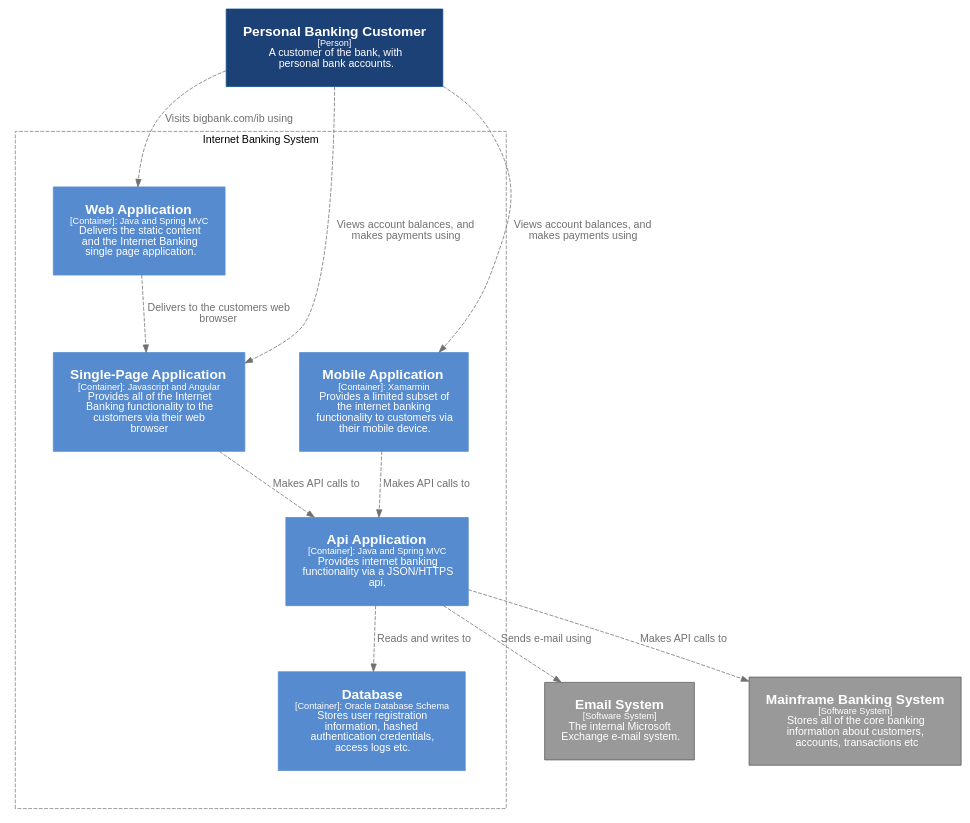
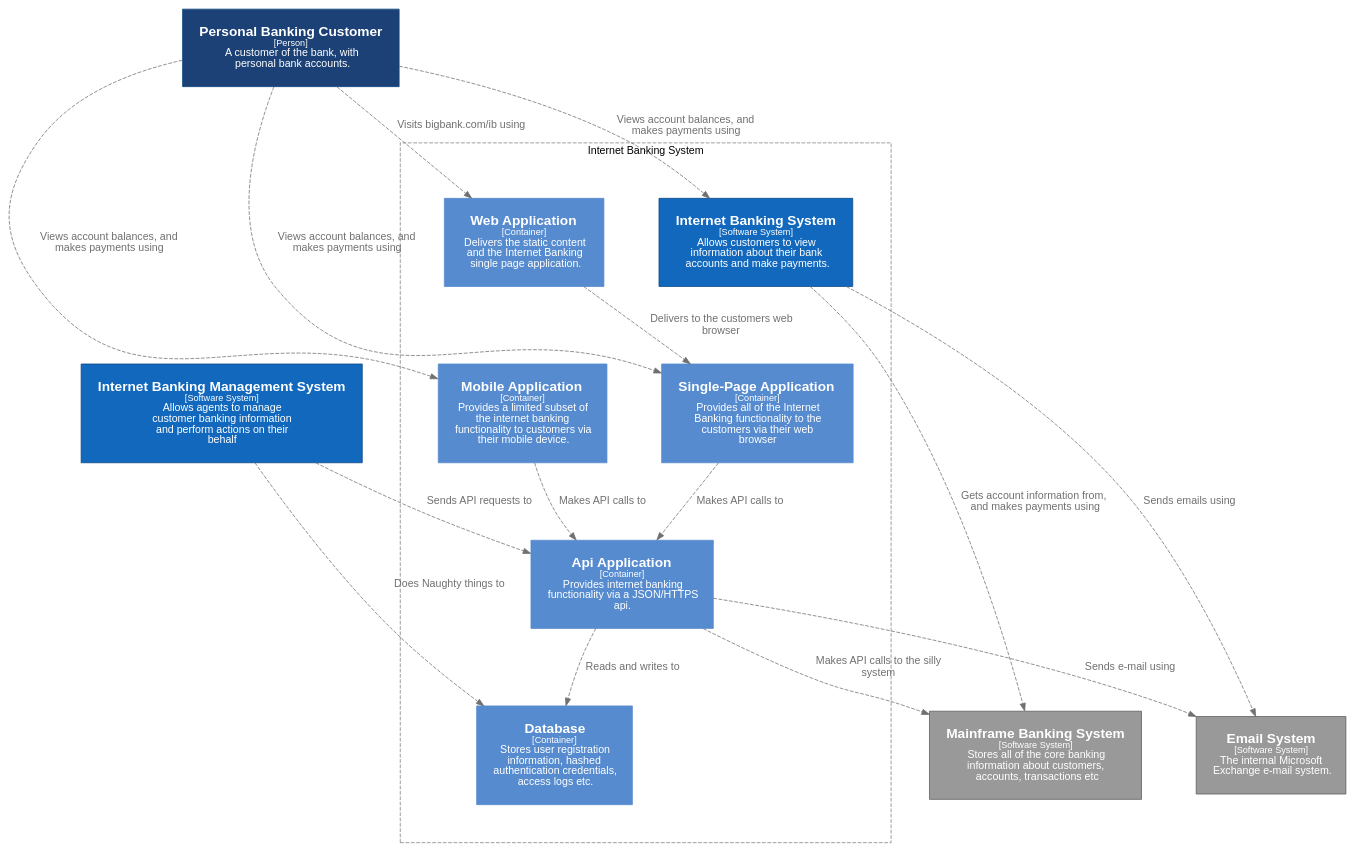
One commit to c4mjs/c4mjs changed the diagram in packages/graphviz/src/__stubs__/internetBankingSystem.c2.dot. Above: the diagram before and after it, drawn with Graphviz. The commit also changed 45 other files, not shown here.

Commit message:
feat(graphviz): simplify workspace

```diff
--- a/packages/graphviz/src/__stubs__/internetBankingSystem.c2.dot
+++ b/packages/graphviz/src/__stubs__/internetBankingSystem.c2.dot
@@ -1,98 +1,121 @@
 digraph {
     compound=true
     graph [fontname="Arial", rankdir=TB, ranksep=1.0, nodesep=1.0]
     node [fontname="Arial", shape=box, margin="0.3,0.3"]
     edge [fontname="Arial"]
 
     subgraph cluster_internetBankingSystem {
         label = "Internet Banking System"
         style = "dashed"
         color = "grey"
         margin="50,50"
         
-        webApp [
+        internetBankingSystem [
+        id="internetBankingSystem",
+        shape="rect",
+        label=<<font point-size="18"><b>Internet Banking System</b></font><br /><font point-size="12">[Software System]</font><br /><font point-size="14">  Allows customers to view <br />information about their bank <br />accounts and make payments.</font>>,
+        style="filled",
+        color="#0b4884",
+        fillcolor="#1168bd",
+        fontcolor="#ffffff"
+    ]
+apiApp [
+        id="apiApp",
+        shape="rect",
+        label=<<font point-size="18"><b>Api Application</b></font><br /><font point-size="12">[Container]</font><br /><font point-size="14">  Provides internet banking <br />functionality via a JSON/HTTPS <br />api.</font>>,
+        style="filled",
+        color="#568BCF",
+        fillcolor="#568BCF",
+        fontcolor="#ffffff"
+    ]
+database [
+        id="database",
+        shape="rect",
+        label=<<font point-size="18"><b>Database</b></font><br /><font point-size="12">[Container]</font><br /><font point-size="14">  Stores user registration <br />information, hashed <br />authentication credentials, <br />access logs etc.</font>>,
+        style="filled",
+        color="#568BCF",
+        fillcolor="#568BCF",
+        fontcolor="#ffffff"
+    ]
+webApp [
         id="webApp",
         shape="rect",
-        label=<<font point-size="18"><b>Web Application</b></font><br /><font point-size="12">[Container]: Java and Spring MVC</font><br /><font point-size="14">  Delivers the static content <br />and the Internet Banking <br />single page application.</font>>,
+        label=<<font point-size="18"><b>Web Application</b></font><br /><font point-size="12">[Container]</font><br /><font point-size="14">  Delivers the static content <br />and the Internet Banking <br />single page application.</font>>,
         style="filled",
         color="#568BCF",
         fillcolor="#568BCF",
         fontcolor="#ffffff"
     ]
 singlePageApp [
         id="singlePageApp",
         shape="rect",
-        label=<<font point-size="18"><b>Single-Page Application</b></font><br /><font point-size="12">[Container]: Javascript and Angular</font><br /><font point-size="14">  Provides all of the Internet <br />Banking functionality to the <br />customers via their web <br />browser</font>>,
-        style="filled",
-        color="#568BCF",
-        fillcolor="#568BCF",
-        fontcolor="#ffffff"
-    ]
-apiApp [
-        id="apiApp",
-        shape="rect",
-        label=<<font point-size="18"><b>Api Application</b></font><br /><font point-size="12">[Container]: Java and Spring MVC</font><br /><font point-size="14">  Provides internet banking <br />functionality via a JSON/HTTPS <br />api.</font>>,
+        label=<<font point-size="18"><b>Single-Page Application</b></font><br /><font point-size="12">[Container]</font><br /><font point-size="14">  Provides all of the Internet <br />Banking functionality to the <br />customers via their web <br />browser</font>>,
         style="filled",
         color="#568BCF",
         fillcolor="#568BCF",
         fontcolor="#ffffff"
     ]
 mobileApp [
         id="mobileApp",
         shape="rect",
-        label=<<font point-size="18"><b>Mobile Application</b></font><br /><font point-size="12">[Container]: Xamarmin</font><br /><font point-size="14">  Provides a limited subset of <br />the internet banking <br />functionality to customers via <br />their mobile device.</font>>,
-        style="filled",
-        color="#568BCF",
-        fillcolor="#568BCF",
-        fontcolor="#ffffff"
-    ]
-database [
-        id="database",
-        shape="rect",
-        label=<<font point-size="18"><b>Database</b></font><br /><font point-size="12">[Container]: Oracle Database Schema</font><br /><font point-size="14">  Stores user registration <br />information, hashed <br />authentication credentials, <br />access logs etc.</font>>,
+        label=<<font point-size="18"><b>Mobile Application</b></font><br /><font point-size="12">[Container]</font><br /><font point-size="14">  Provides a limited subset of <br />the internet banking <br />functionality to customers via <br />their mobile device.</font>>,
         style="filled",
         color="#568BCF",
         fillcolor="#568BCF",
         fontcolor="#ffffff"
     ]
         
     }
 
 customer [
         id="customer",
         shape="rect",
         label=<<font point-size="18"><b>Personal Banking Customer</b></font><br /><font point-size="12">[Person]</font><br /><font point-size="14">  A customer of the bank, with <br />personal bank accounts.</font>>,
         style="filled",
         color="#0b4884",
         fillcolor="#1C4177",
         fontcolor="#ffffff"
     ]
 emailSystem [
         id="emailSystem",
         shape="rect",
         label=<<font point-size="18"><b>Email System</b></font><br /><font point-size="12">[Software System]</font><br /><font point-size="14">  The internal Microsoft <br />Exchange e-mail system.</font>>,
         style="filled",
         color="#5a5a5a",
         fillcolor="#999999",
         fontcolor="#ffffff"
     ]
 mainframeBankingSystem [
         id="mainframeBankingSystem",
         shape="rect",
         label=<<font point-size="18"><b>Mainframe Banking System</b></font><br /><font point-size="12">[Software System]</font><br /><font point-size="14">  Stores all of the core banking <br />information about customers, <br />accounts, transactions etc</font>>,
         style="filled",
         color="#5a5a5a",
         fillcolor="#999999",
         fontcolor="#ffffff"
     ]
-customer -> webApp [ id="100003", label=<<font point-size="14">  Visits bigbank.com/ib using</font>>, style="dashed", color="#707070", fontcolor="#707070" ]
-webApp -> singlePageApp [ id="100004", label=<<font point-size="14">  Delivers to the customers web <br />browser</font>>, style="dashed", color="#707070", fontcolor="#707070" ]
-customer -> singlePageApp [ id="100005", label=<<font point-size="14">  Views account balances, and <br />makes payments using</font>>, style="dashed", color="#707070", fontcolor="#707070" ]
-singlePageApp -> apiApp [ id="100006", label=<<font point-size="14">  Makes API calls to</font>>, style="dashed", color="#707070", fontcolor="#707070" ]
-customer -> mobileApp [ id="100007", label=<<font point-size="14">  Views account balances, and <br />makes payments using</font>>, style="dashed", color="#707070", fontcolor="#707070" ]
-mobileApp -> apiApp [ id="100008", label=<<font point-size="14">  Makes API calls to</font>>, style="dashed", color="#707070", fontcolor="#707070" ]
-apiApp -> database [ id="100009", label=<<font point-size="14">  Reads and writes to</font>>, style="dashed", color="#707070", fontcolor="#707070" ]
-apiApp -> emailSystem [ id="100010", label=<<font point-size="14">  Sends e-mail using</font>>, style="dashed", color="#707070", fontcolor="#707070" ]
-apiApp -> mainframeBankingSystem [ id="100011", label=<<font point-size="14">  Makes API calls to</font>>, style="dashed", color="#707070", fontcolor="#707070" ]
+internetBankingManagementSystem [
+        id="internetBankingManagementSystem",
+        shape="rect",
+        label=<<font point-size="18"><b>Internet Banking Management System</b></font><br /><font point-size="12">[Software System]</font><br /><font point-size="14">  Allows agents to manage <br />customer banking information <br />and perform actions on their <br />behalf</font>>,
+        style="filled",
+        color="#0b4884",
+        fillcolor="#1168bd",
+        fontcolor="#ffffff"
+    ]
+customer -> internetBankingSystem [ id="100004", label=<<font point-size="14">  Views account balances, and <br />makes payments using</font>>, style="dashed", color="#707070", fontcolor="#707070" ]
+internetBankingSystem -> emailSystem [ id="100008", label=<<font point-size="14">  Sends emails using</font>>, style="dashed", color="#707070", fontcolor="#707070" ]
+internetBankingSystem -> mainframeBankingSystem [ id="100009", label=<<font point-size="14">  Gets account information from, <br />and makes payments using</font>>, style="dashed", color="#707070", fontcolor="#707070" ]
+internetBankingManagementSystem -> apiApp [ id="100000", label=<<font point-size="14">  Sends API requests to</font>>, style="dashed", color="#707070", fontcolor="#707070" ]
+internetBankingManagementSystem -> database [ id="100001", label=<<font point-size="14">  Does Naughty things to</font>>, style="dashed", color="#707070", fontcolor="#707070" ]
+customer -> webApp [ id="100005", label=<<font point-size="14">  Visits bigbank.com/ib using</font>>, style="dashed", color="#707070", fontcolor="#707070" ]
+customer -> singlePageApp [ id="100007", label=<<font point-size="14">  Views account balances, and <br />makes payments using</font>>, style="dashed", color="#707070", fontcolor="#707070" ]
+webApp -> singlePageApp [ id="100010", label=<<font point-size="14">  Delivers to the customers web <br />browser</font>>, style="dashed", color="#707070", fontcolor="#707070" ]
+apiApp -> emailSystem [ id="100012", label=<<font point-size="14">  Sends e-mail using</font>>, style="dashed", color="#707070", fontcolor="#707070" ]
+customer -> mobileApp [ id="100013", label=<<font point-size="14">  Views account balances, and <br />makes payments using</font>>, style="dashed", color="#707070", fontcolor="#707070" ]
+mobileApp -> apiApp [ id="100014", label=<<font point-size="14">  Makes API calls to</font>>, style="dashed", color="#707070", fontcolor="#707070" ]
+apiApp -> database [ id="100016", label=<<font point-size="14">  Reads and writes to</font>>, style="dashed", color="#707070", fontcolor="#707070" ]
+apiApp -> mainframeBankingSystem [ id="100017", label=<<font point-size="14">  Makes API calls to the silly <br />system</font>>, style="dashed", color="#707070", fontcolor="#707070" ]
+singlePageApp -> apiApp [ id="100018", label=<<font point-size="14">  Makes API calls to</font>>, style="dashed", color="#707070", fontcolor="#707070" ]
      
 }
```
